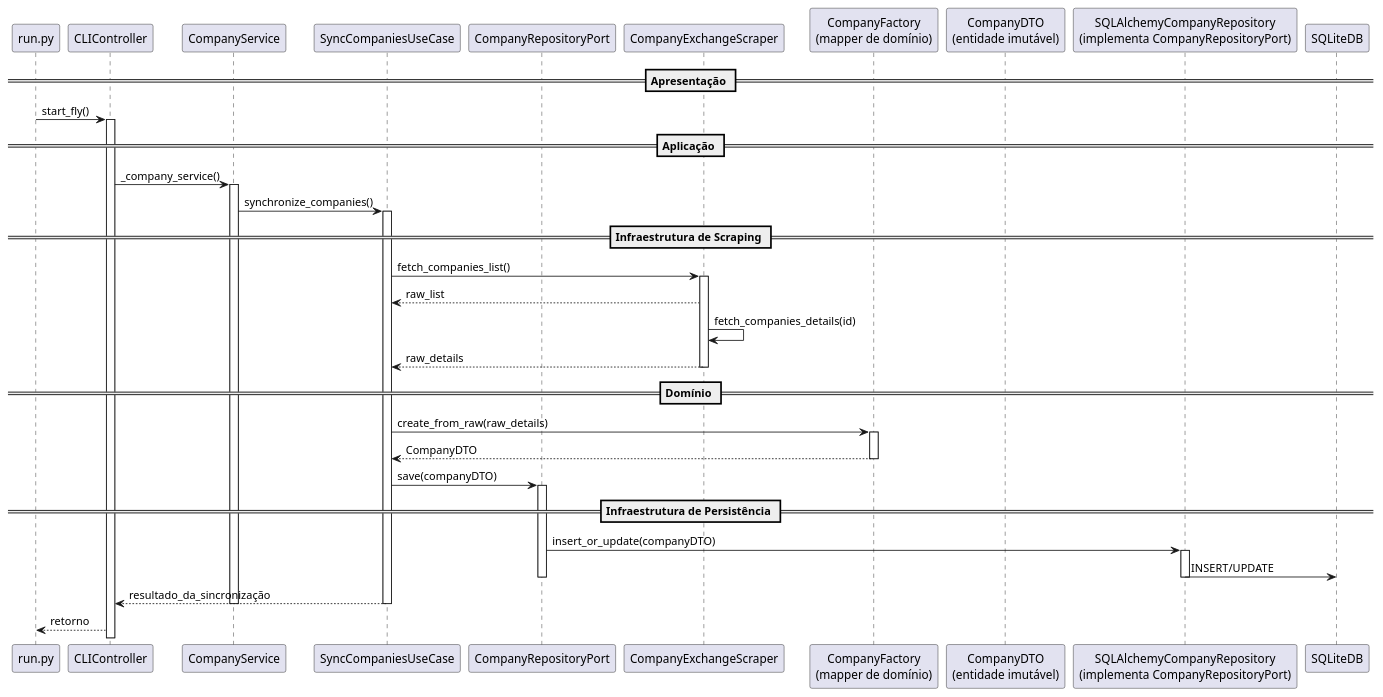
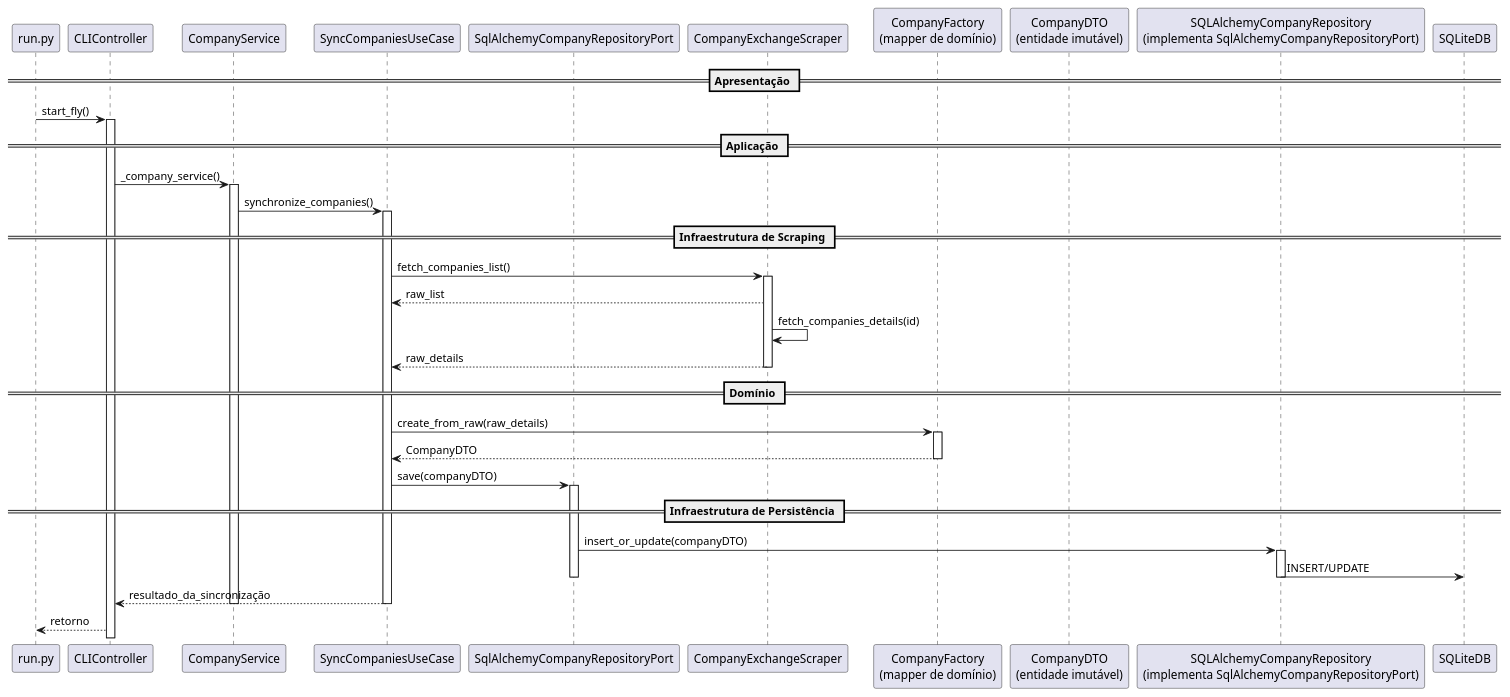
One commit to faustostangler/FL2 changed the diagram in docs/01_sequence_sync_companies.puml. Above: the diagram before and after it, drawn with PlantUML. The commit also changed 20 other files, not shown here.

Commit message:
code architecture and docstrings

```diff
--- a/docs/01_sequence_sync_companies.puml
+++ b/docs/01_sequence_sync_companies.puml
@@ -1,57 +1,57 @@
 @startuml
 skinparam packageStyle rectangle
 
 == Apresentação ==
 participant "run.py" as RUN
 participant "CLIController" as CLI
 
 RUN -> CLI : start_fly()
 activate CLI
 
 == Aplicação ==
 participant "CompanyService" as CS
 participant "SyncCompaniesUseCase" as SCUC
-participant "CompanyRepositoryPort" as CRP
+participant "SqlAlchemyCompanyRepositoryPort" as CRP
 
 CLI -> CS : _company_service()
 activate CS
 CS -> SCUC : synchronize_companies()
 activate SCUC
 
 == Infraestrutura de Scraping ==
 participant "CompanyExchangeScraper" as SCR
 
 SCUC -> SCR : fetch_companies_list()
 activate SCR
 SCR --> SCUC : raw_list
 SCR -> SCR : fetch_companies_details(id)
 SCR --> SCUC : raw_details
 deactivate SCR
 
 == Domínio ==
 participant "CompanyFactory\n(mapper de domínio)" as CF
 participant "CompanyDTO\n(entidade imutável)" as CD
 
 SCUC -> CF : create_from_raw(raw_details)
 activate CF
 CF --> SCUC : CompanyDTO
 deactivate CF
 
 SCUC -> CRP : save(companyDTO)
 activate CRP
 
 == Infraestrutura de Persistência ==
-participant "SQLAlchemyCompanyRepository\n(implementa CompanyRepositoryPort)" as SCRepo
+participant "SQLAlchemyCompanyRepository\n(implementa SqlAlchemyCompanyRepositoryPort)" as SCRepo
 participant "SQLiteDB" as DB
 
 CRP -> SCRepo : insert_or_update(companyDTO)
 activate SCRepo
 SCRepo -> DB : INSERT/UPDATE
 deactivate SCRepo
 deactivate CRP
 
 SCUC --> CLI : resultado_da_sincronização
 deactivate SCUC
 deactivate CS
 CLI --> RUN : retorno
 @enduml
```
